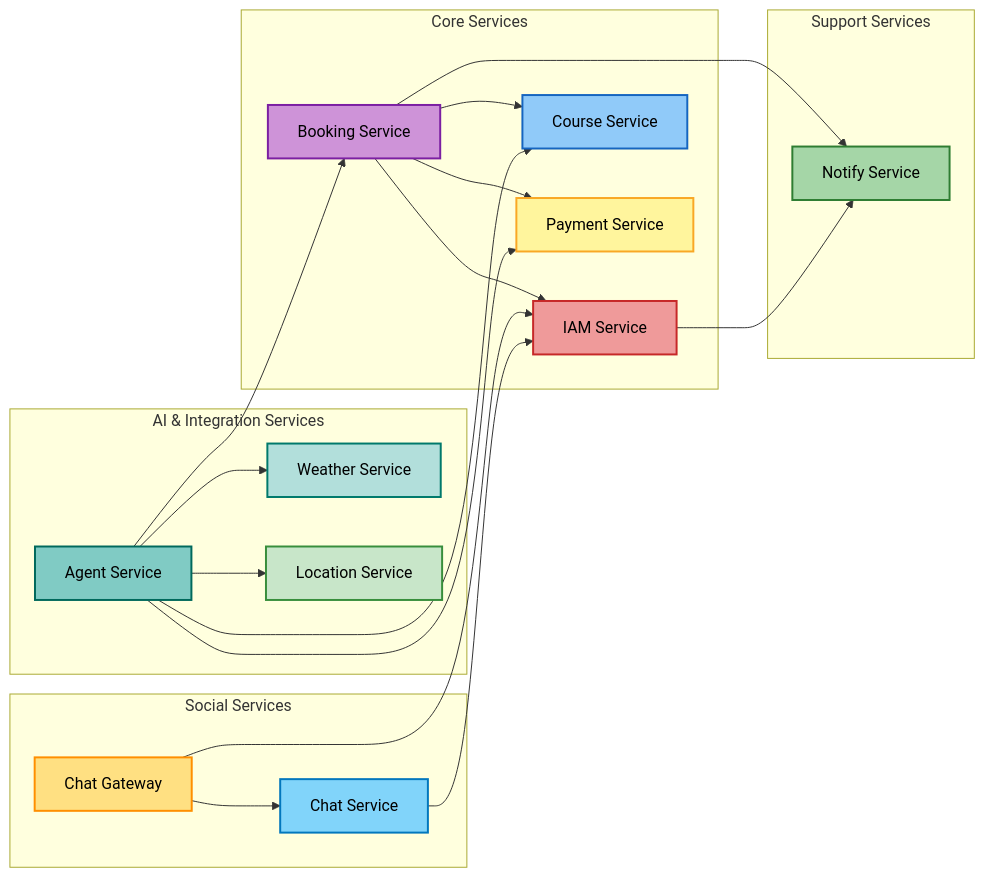
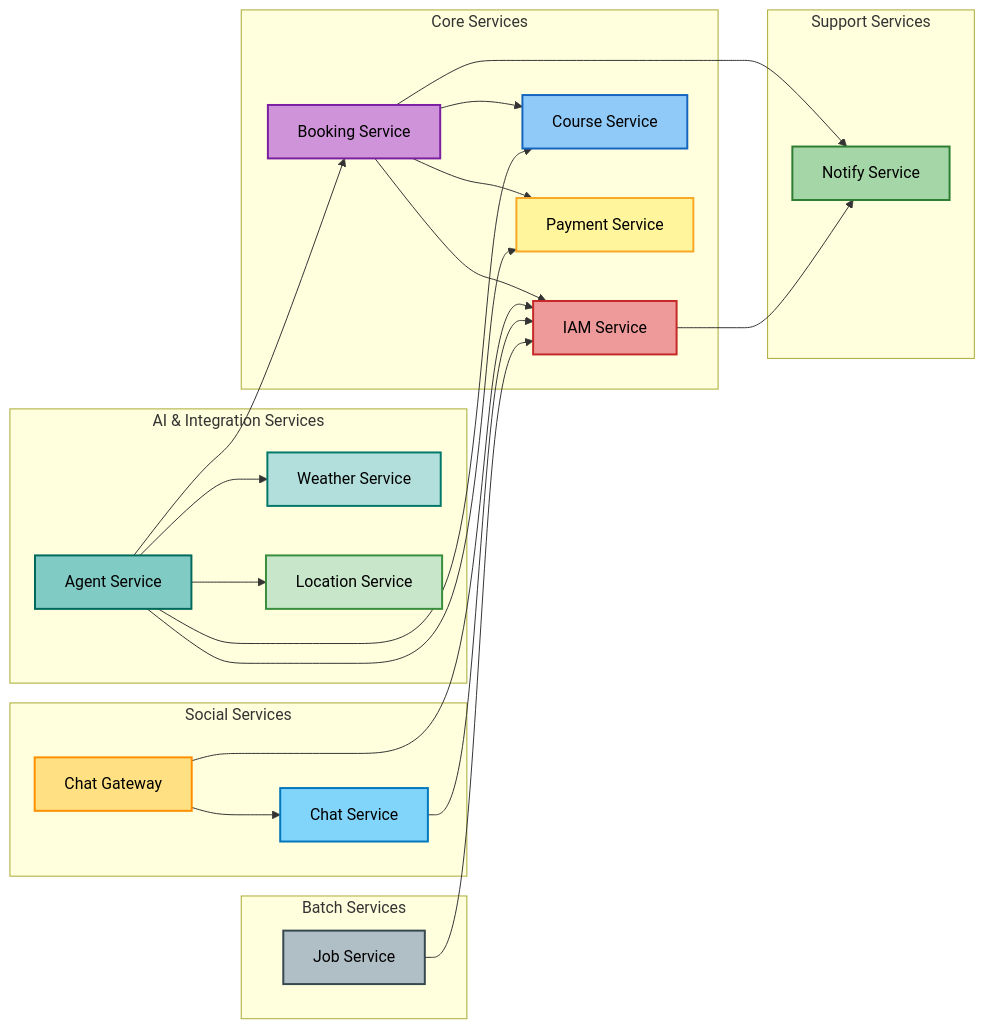
Before and after one commit to uniyous/parkgolf-platform: the second of 6 diagrams in docs/architecture/SYSTEM.md, drawn with Mermaid. The commit also changed other lines of this file, not shown here.

First line of the commit message:
docs(architecture): SYSTEM.md에 job-service 추가

````diff
--- a/docs/architecture/SYSTEM.md
+++ b/docs/architecture/SYSTEM.md
@@ -146,49 +154,55 @@
 ```mermaid
 graph LR
     subgraph "Core Services"
         IAM[IAM Service]
         COURSE[Course Service]
         BOOK[Booking Service]
         PAY[Payment Service]
     end
 
     subgraph "Social Services"
         CHAT[Chat Service]
         CHATGW[Chat Gateway]
     end
 
     subgraph "Support Services"
         NOTIFY[Notify Service]
     end
 
     subgraph "AI & Integration Services"
         AGENT[Agent Service]
         WEATHER[Weather Service]
         LOCATION[Location Service]
     end
 
+    subgraph "Batch Services"
+        JOB[Job Service]
+    end
+
     BOOK --> IAM
     BOOK --> COURSE
     BOOK --> NOTIFY
     BOOK --> PAY
     IAM --> NOTIFY
     CHATGW --> CHAT
     CHATGW --> IAM
     CHAT --> IAM
     AGENT --> COURSE
     AGENT --> BOOK
     AGENT --> PAY
     AGENT --> WEATHER
     AGENT --> LOCATION
+    JOB --> IAM
 
     style IAM fill:#ef9a9a,stroke:#c62828,stroke-width:2px,color:#000
     style COURSE fill:#90caf9,stroke:#1565c0,stroke-width:2px,color:#000
     style BOOK fill:#ce93d8,stroke:#7b1fa2,stroke-width:2px,color:#000
     style PAY fill:#fff59d,stroke:#f9a825,stroke-width:2px,color:#000
     style NOTIFY fill:#a5d6a7,stroke:#2e7d32,stroke-width:2px,color:#000
     style CHAT fill:#81d4fa,stroke:#0277bd,stroke-width:2px,color:#000
     style CHATGW fill:#ffe082,stroke:#ff8f00,stroke-width:2px,color:#000
     style AGENT fill:#80cbc4,stroke:#00695c,stroke-width:2px,color:#000
     style WEATHER fill:#b2dfdb,stroke:#00796b,stroke-width:2px,color:#000
     style LOCATION fill:#c8e6c9,stroke:#388e3c,stroke-width:2px,color:#000
+    style JOB fill:#b0bec5,stroke:#37474f,stroke-width:2px,color:#000
 ```
````
